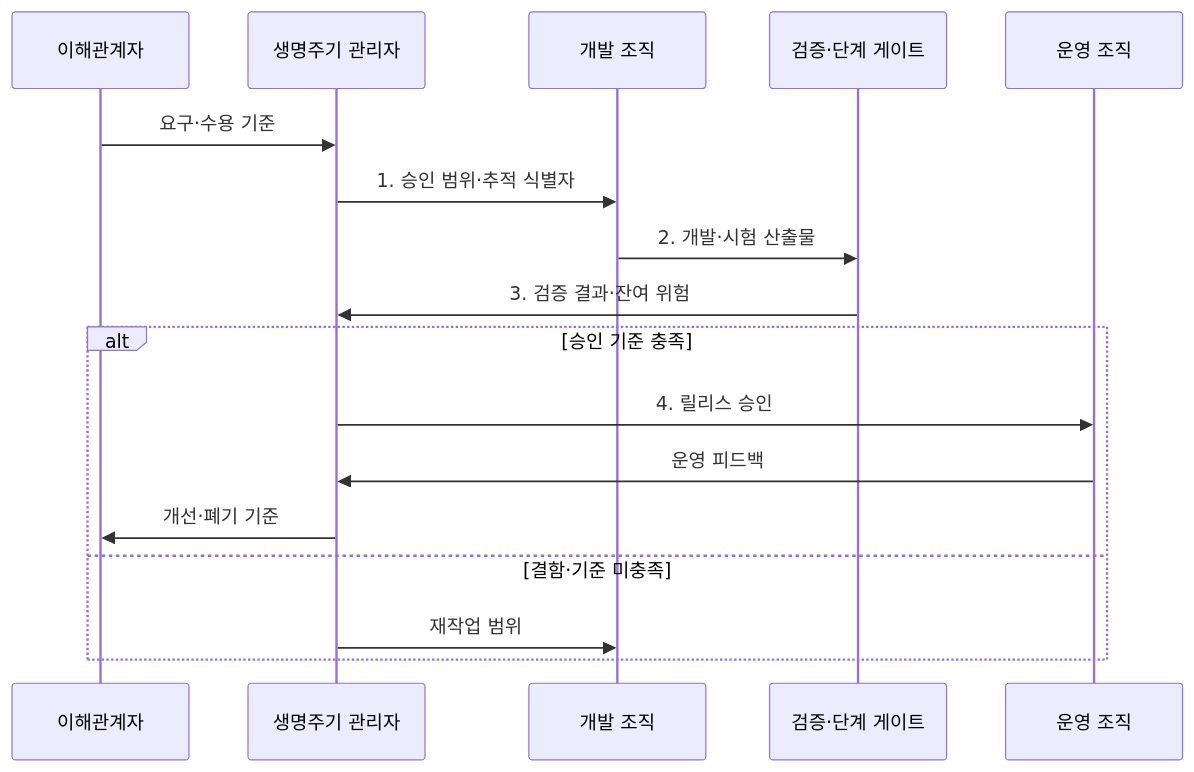
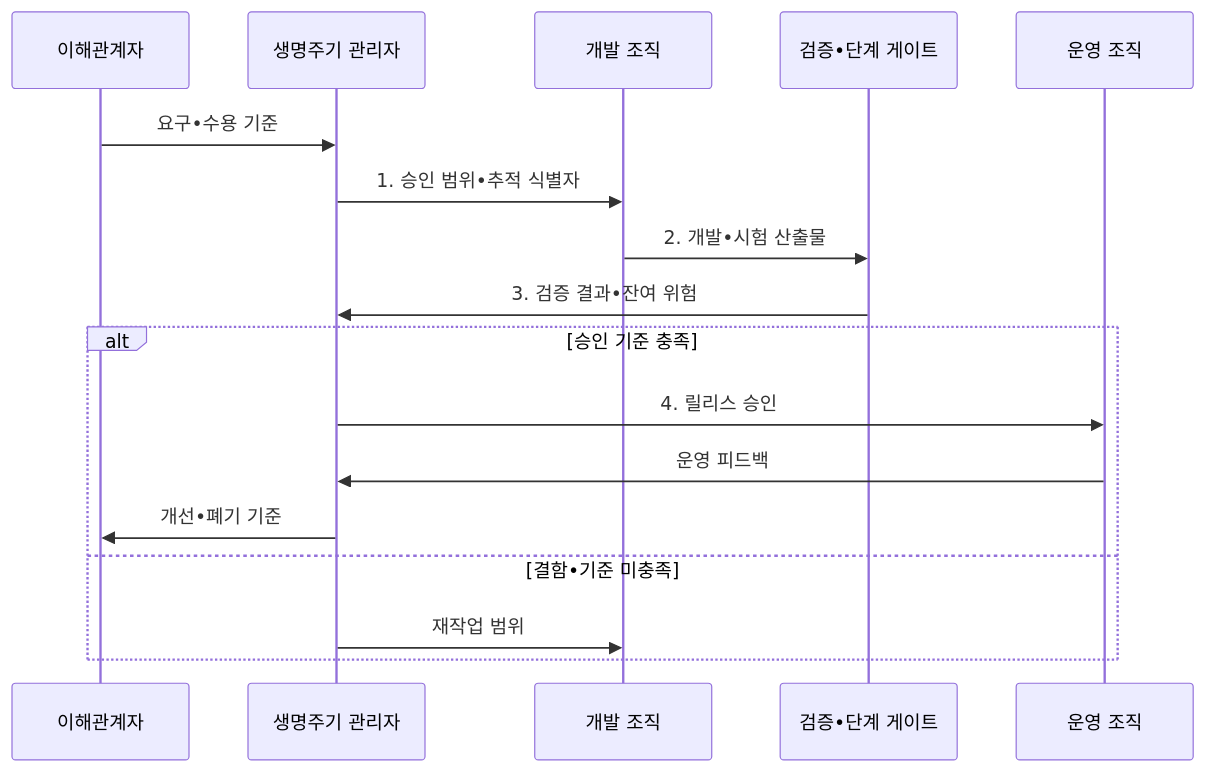
The second of 2 diagrams in src/content/docs/notes/03-software/030_software_development_lifecycle.md (agnusdei1207/knowledge-base), drawn with Mermaid before and after one commit. The commit also changed other lines of this file and 953 other files, not shown here.

````diff
--- a/src/content/docs/notes/03-software/030_software_development_lifecycle.md
+++ b/src/content/docs/notes/03-software/030_software_development_lifecycle.md
@@ -107,20 +107,20 @@
 ```mermaid
 sequenceDiagram
     participant S as 이해관계자
     participant M as 생명주기 관리자
     participant D as 개발 조직
-    participant V as 검증·단계 게이트
+    participant V as 검증•단계 게이트
     participant O as 운영 조직
 
-    S->>M: 요구·수용 기준
-    M->>D: 1. 승인 범위·추적 식별자
-    D->>V: 2. 개발·시험 산출물
-    V->>M: 3. 검증 결과·잔여 위험
+    S->>M: 요구•수용 기준
+    M->>D: 1. 승인 범위•추적 식별자
+    D->>V: 2. 개발•시험 산출물
+    V->>M: 3. 검증 결과•잔여 위험
     alt 승인 기준 충족
         M->>O: 4. 릴리스 승인
         O->>M: 운영 피드백
-        M->>S: 개선·폐기 기준
-    else 결함·기준 미충족
+        M->>S: 개선•폐기 기준
+    else 결함•기준 미충족
         M->>D: 재작업 범위
     end
 ```
````
